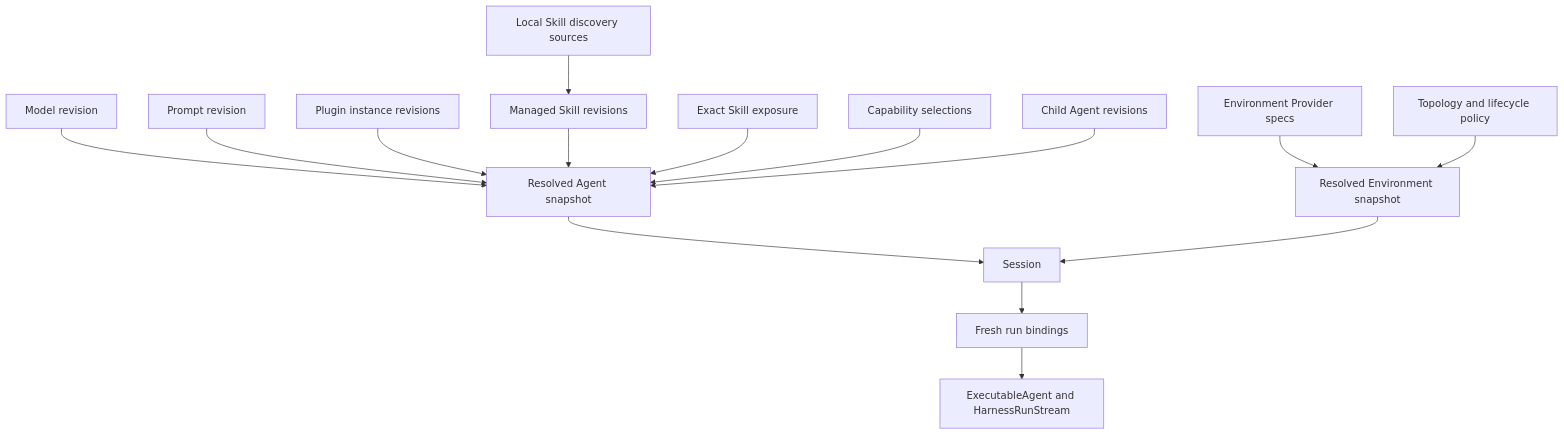
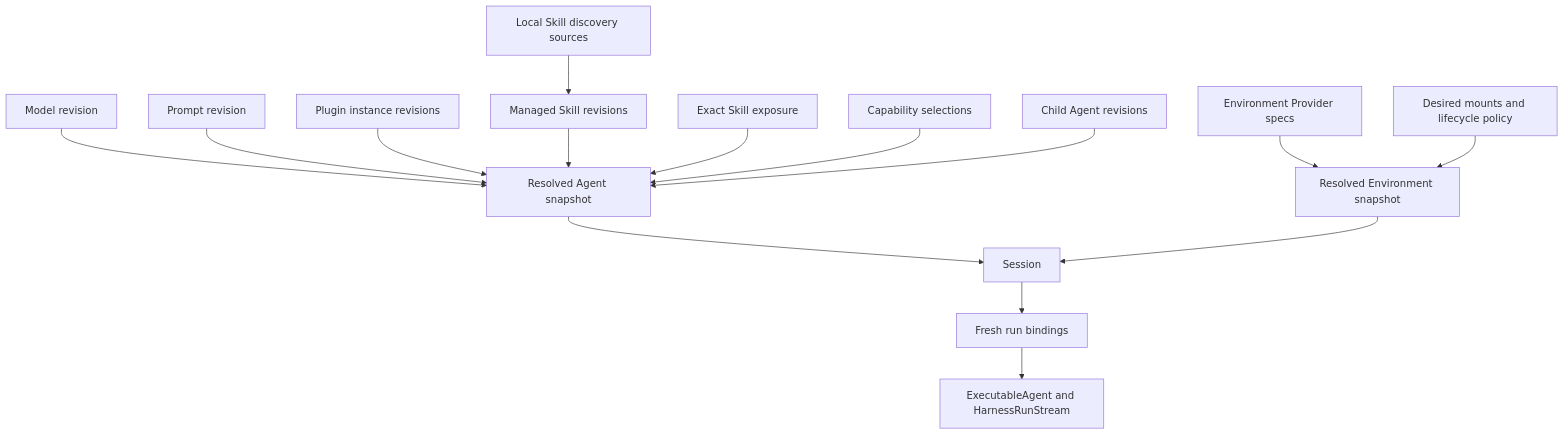
The first of 3 diagrams in spec/agent-ui/00-overview.md (LTThreeComma/agent-foundation), drawn with Mermaid before and after one commit. The commit also changed other lines of this file and 135 other files, not shown here.

````diff
--- a/spec/agent-ui/00-overview.md
+++ b/spec/agent-ui/00-overview.md
@@ -22,26 +22,26 @@
 ```mermaid
 flowchart TB
     Model[Model revision]
     Prompt[Prompt revision]
     Plugins[Plugin instance revisions]
     SkillSources[Local Skill discovery sources]
     Skills[Managed Skill revisions]
     SkillExposure[Exact Skill exposure]
     Caps[Capability selections]
     Children[Child Agent revisions]
     Agent[Resolved Agent snapshot]
 
     Provider[Environment Provider specs]
-    Policy[Topology and lifecycle policy]
+    Policy[Desired mounts and lifecycle policy]
     Environment[Resolved Environment snapshot]
 
     Session[Session]
     Runtime[Fresh run bindings]
     Harness[ExecutableAgent and HarnessRunStream]
 
     SkillSources --> Skills
     Model & Prompt & Plugins & Skills & SkillExposure & Caps & Children --> Agent
     Provider & Policy --> Environment
     Agent & Environment --> Session
     Session --> Runtime --> Harness
 ```
````
